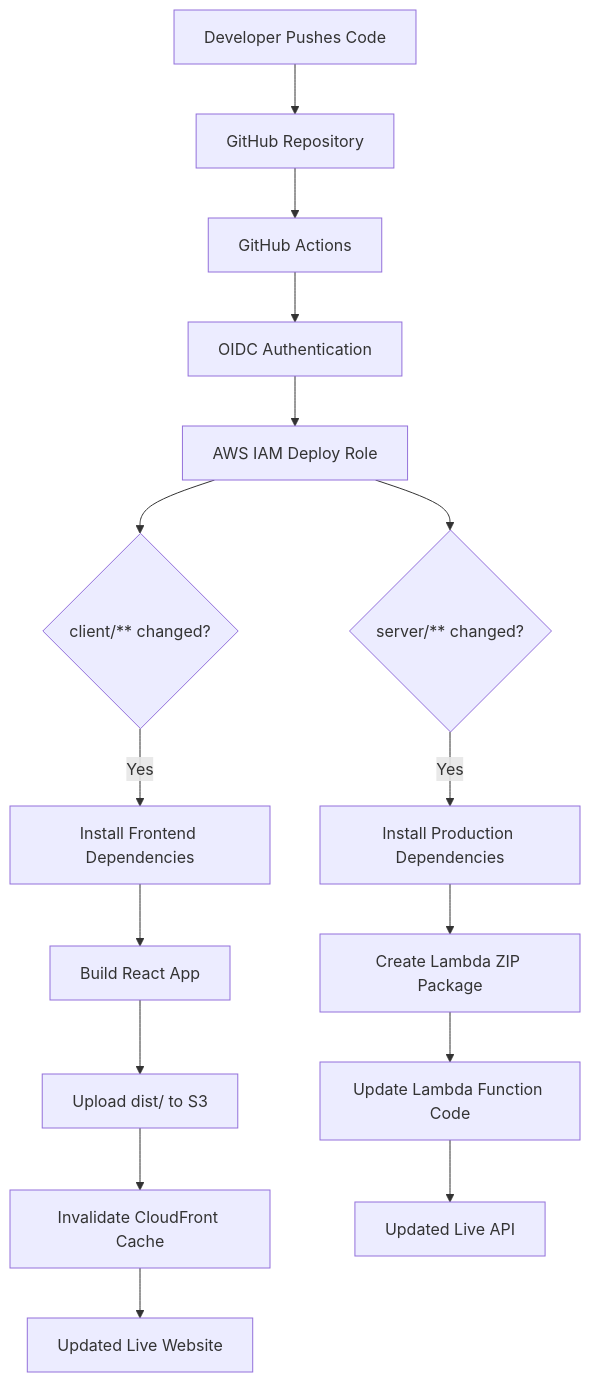
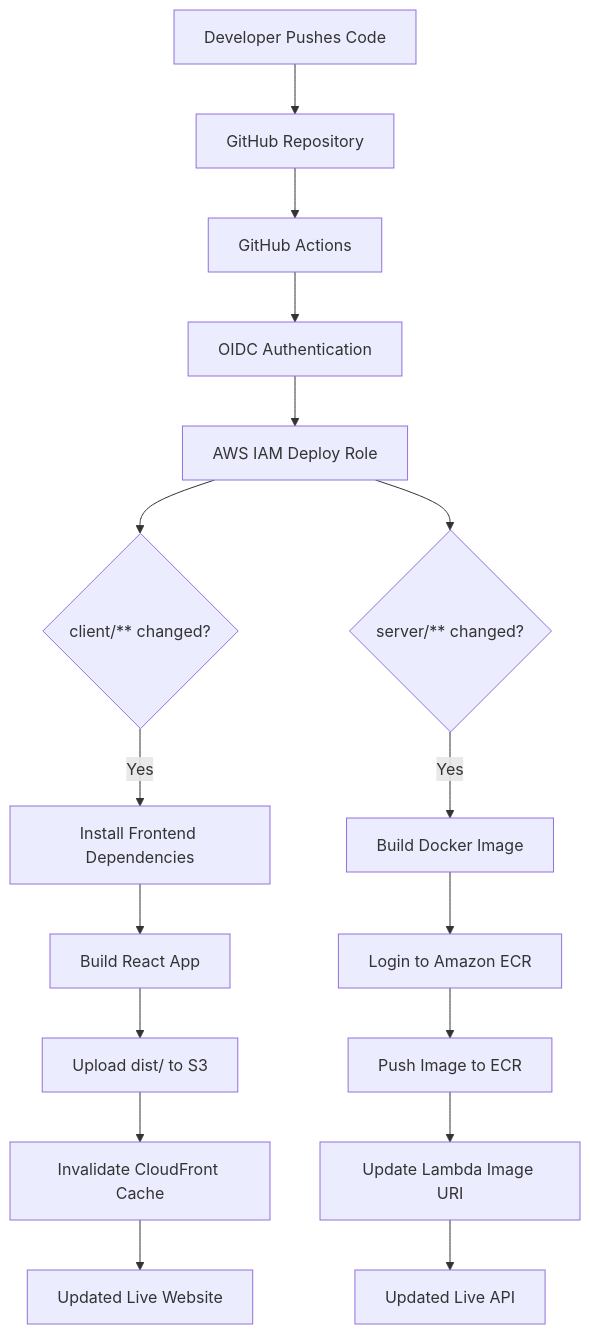
One commit to Rifkhan-SAA-DevOps/containerized-serverless-3-tier-architecture changed the fourth of 8 diagrams in README.md. Above: the diagram before and after it, drawn with Mermaid. The commit also changed other lines of this file and 40 other files, not shown here.

````diff
--- a/README.md
+++ b/README.md
@@ -95,20 +169,21 @@
 ```mermaid
 flowchart TD
     Dev[Developer Pushes Code] --> Repo[GitHub Repository]
     Repo --> Actions[GitHub Actions]
     Actions --> OIDC[OIDC Authentication]
     OIDC --> Role[AWS IAM Deploy Role]
 
     Role --> FEPath{client/** changed?}
     FEPath -->|Yes| InstallFE[Install Frontend Dependencies]
     InstallFE --> BuildFE[Build React App]
     BuildFE --> UploadS3[Upload dist/ to S3]
     UploadS3 --> InvalidateCF[Invalidate CloudFront Cache]
     InvalidateCF --> LiveSite[Updated Live Website]
 
     Role --> BEPath{server/** changed?}
-    BEPath -->|Yes| InstallBE[Install Production Dependencies]
-    InstallBE --> ZipBE[Create Lambda ZIP Package]
-    ZipBE --> UpdateLambda[Update Lambda Function Code]
+    BEPath -->|Yes| DockerBuild[Build Docker Image]
+    DockerBuild --> ECRLogin[Login to Amazon ECR]
+    ECRLogin --> PushECR[Push Image to ECR]
+    PushECR --> UpdateLambda[Update Lambda Image URI]
     UpdateLambda --> LiveAPI[Updated Live API]
 ```
````
